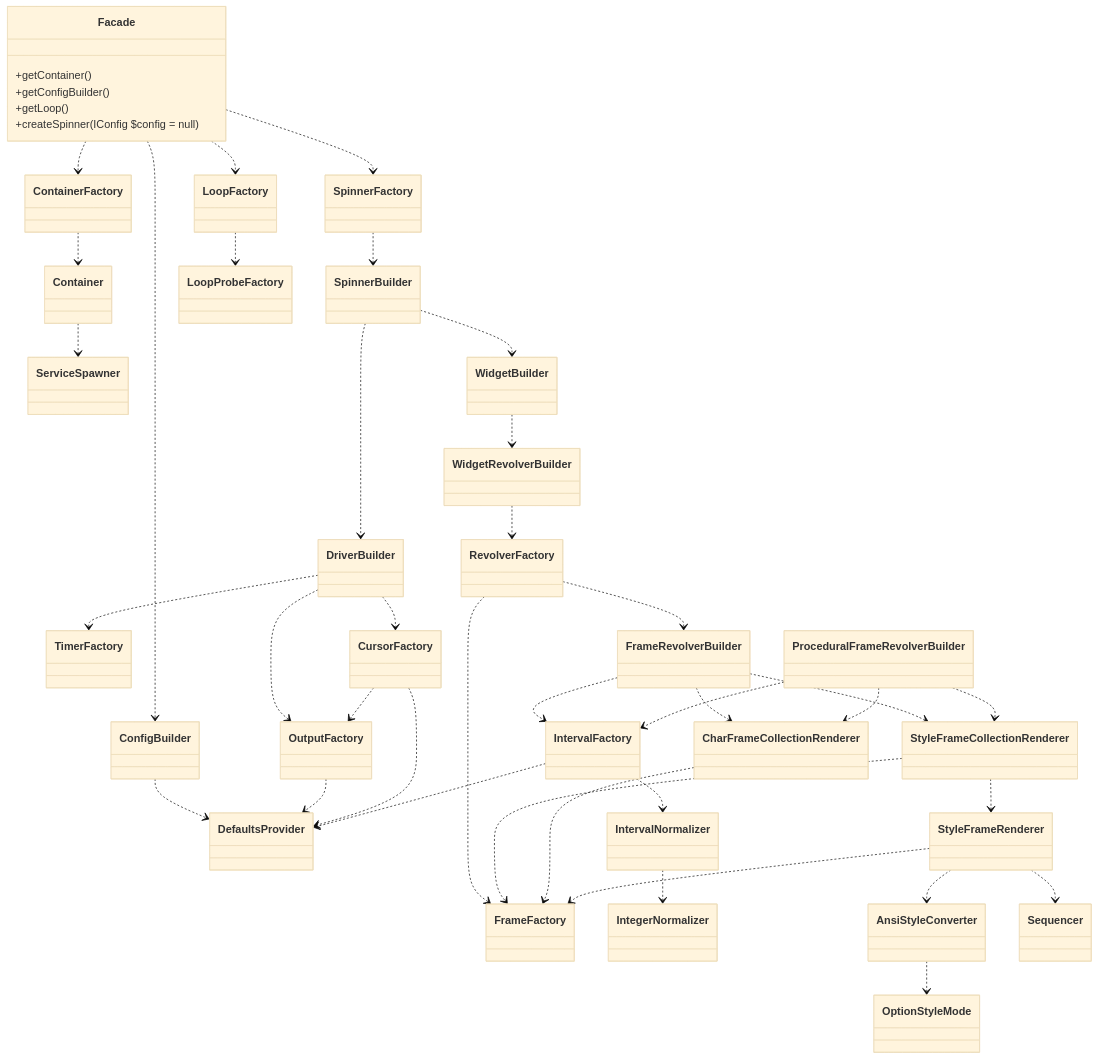
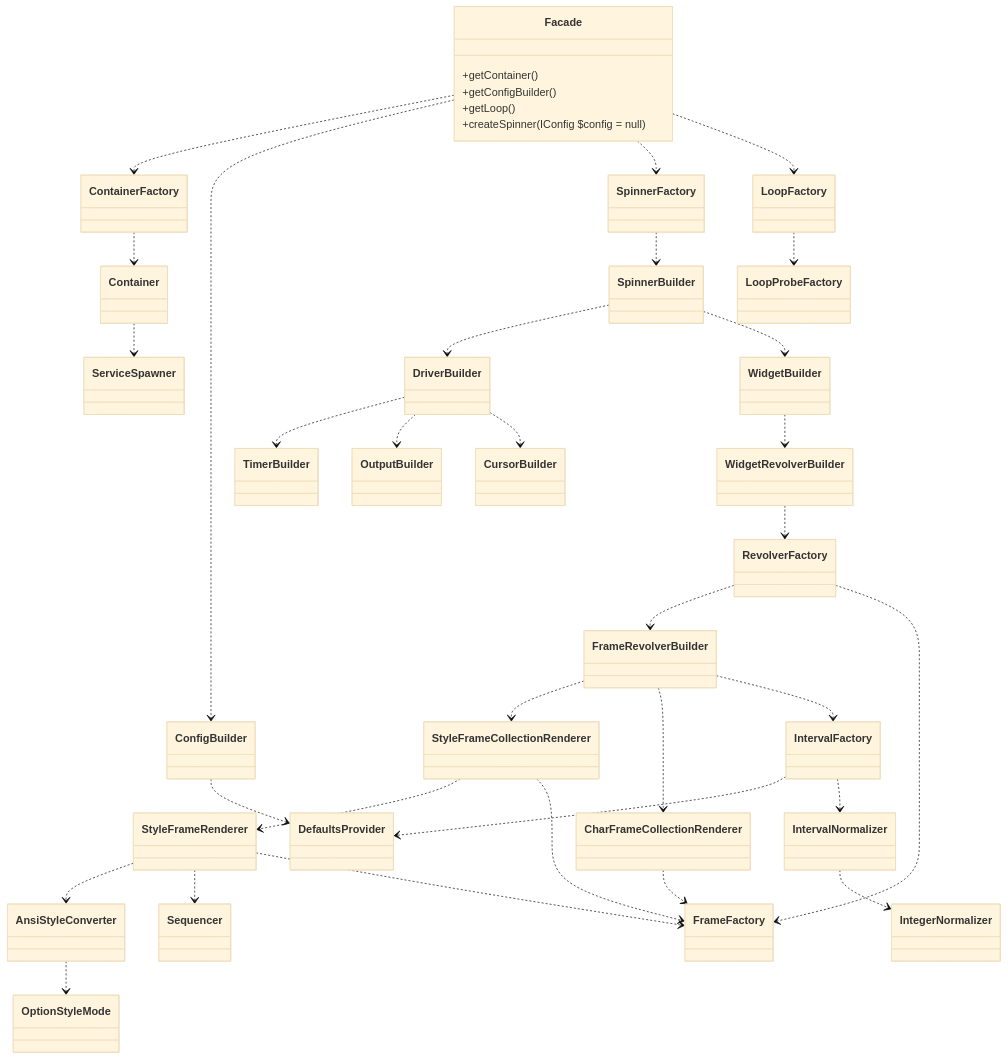
One commit to alecrabbit/php-console-spinner changed the diagram in doc/info/hierarchy/services.md. Above: the diagram before and after it, drawn with Mermaid (base theme). The commit also changed other lines of this file and 7 other files, not shown here.

````diff
--- a/doc/info/hierarchy/services.md
+++ b/doc/info/hierarchy/services.md
@@ -3,70 +3,63 @@
 ```mermaid
 classDiagram
     direction TB
     Facade ..> ContainerFactory
     Facade ..> ConfigBuilder
     Facade ..> SpinnerFactory
     Facade ..> LoopFactory
     
     ContainerFactory ..> Container
     
     Container ..> ServiceSpawner
     
     class Facade {
         +getContainer()
         +getConfigBuilder()
         +getLoop()
         +createSpinner(IConfig $config = null)
     }
     
     SpinnerFactory ..> SpinnerBuilder
 
     ConfigBuilder ..> DefaultsProvider
 
     LoopFactory ..> LoopProbeFactory
     
     SpinnerBuilder ..> DriverBuilder
     SpinnerBuilder ..> WidgetBuilder
     
-    DriverBuilder ..> TimerFactory
-    DriverBuilder ..> OutputFactory
-    DriverBuilder ..> CursorFactory
-    
-    OutputFactory ..> DefaultsProvider
-    
-    CursorFactory ..> DefaultsProvider
-    CursorFactory ..> OutputFactory
+    DriverBuilder ..> TimerBuilder
+    DriverBuilder ..> OutputBuilder
+    DriverBuilder ..> CursorBuilder
     
     WidgetBuilder ..> WidgetRevolverBuilder
     
     WidgetRevolverBuilder ..> RevolverFactory
     
     RevolverFactory ..> FrameRevolverBuilder
     RevolverFactory ..> FrameFactory
     
     FrameRevolverBuilder ..> StyleFrameCollectionRenderer
     FrameRevolverBuilder ..> CharFrameCollectionRenderer
     FrameRevolverBuilder ..> IntervalFactory
     
     IntervalFactory ..> DefaultsProvider
     IntervalFactory ..> IntervalNormalizer
     
     IntervalNormalizer ..> IntegerNormalizer
     
     StyleFrameCollectionRenderer ..> StyleFrameRenderer
     StyleFrameCollectionRenderer ..> FrameFactory
     
     CharFrameCollectionRenderer ..> FrameFactory
     
     StyleFrameRenderer ..> AnsiStyleConverter
     StyleFrameRenderer ..> Sequencer
     StyleFrameRenderer ..> FrameFactory
     
     AnsiStyleConverter ..> OptionStyleMode
     
     
-    ProceduralFrameRevolverBuilder ..> StyleFrameCollectionRenderer
-    ProceduralFrameRevolverBuilder ..> CharFrameCollectionRenderer
-    ProceduralFrameRevolverBuilder ..> IntervalFactory
+   
     
 ```
````
